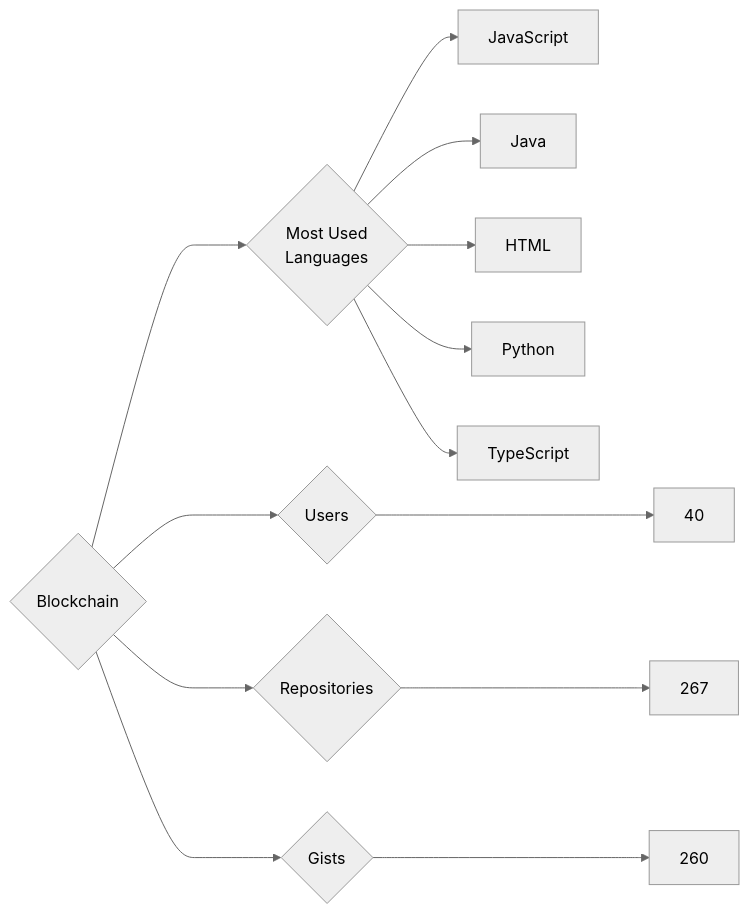
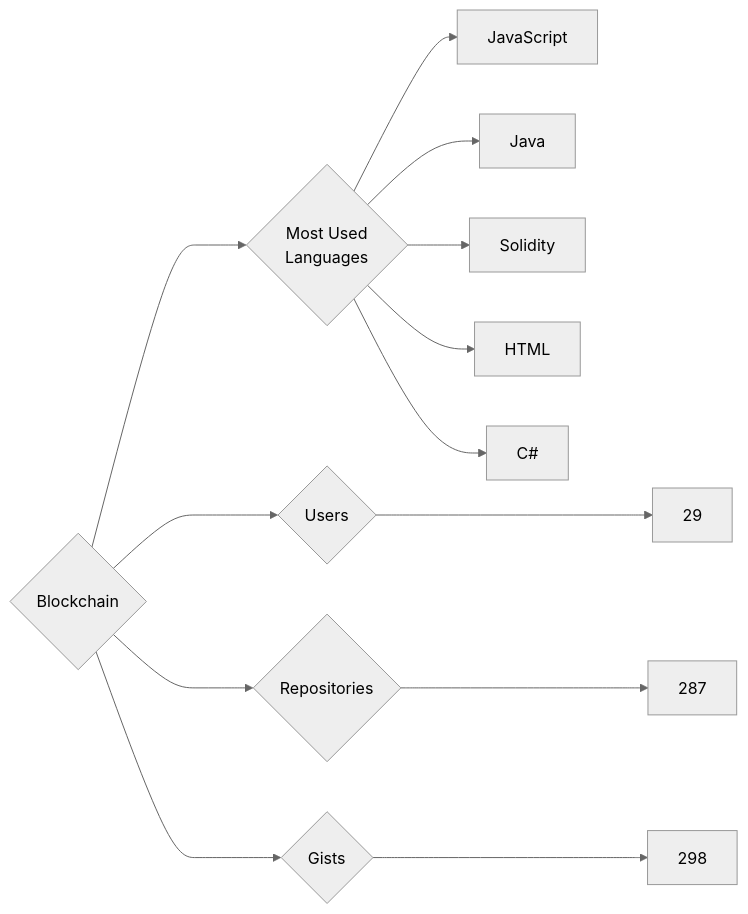
The diagram in targets/Blockchain/README.md (trickest/insiders), drawn with Mermaid (neutral theme) before and after one commit. The commit also changed 930 other files, not shown here.

````diff
--- a/targets/Blockchain/README.md
+++ b/targets/Blockchain/README.md
@@ -3,13 +3,13 @@
 ```mermaid
 graph LR
 COMPANY_NAME{Blockchain}
-COMPANY_NAME ---> U{Users} ---> UN[40]
-COMPANY_NAME ---> R{Repositories} ---> RN[267]
-COMPANY_NAME ---> G{Gists} ---> GN[260]
+COMPANY_NAME ---> U{Users} ---> UN[29]
+COMPANY_NAME ---> R{Repositories} ---> RN[287]
+COMPANY_NAME ---> G{Gists} ---> GN[298]
 COMPANY_NAME ---> ML{Most Used<br>Languages}
 ML --> JavaScript[JavaScript]
 ML --> Java[Java]
+ML --> Solidity[Solidity]
 ML --> HTML[HTML]
-ML --> Python[Python]
-ML --> TypeScript[TypeScript]
+ML --> C#[C#]
 ```
````
